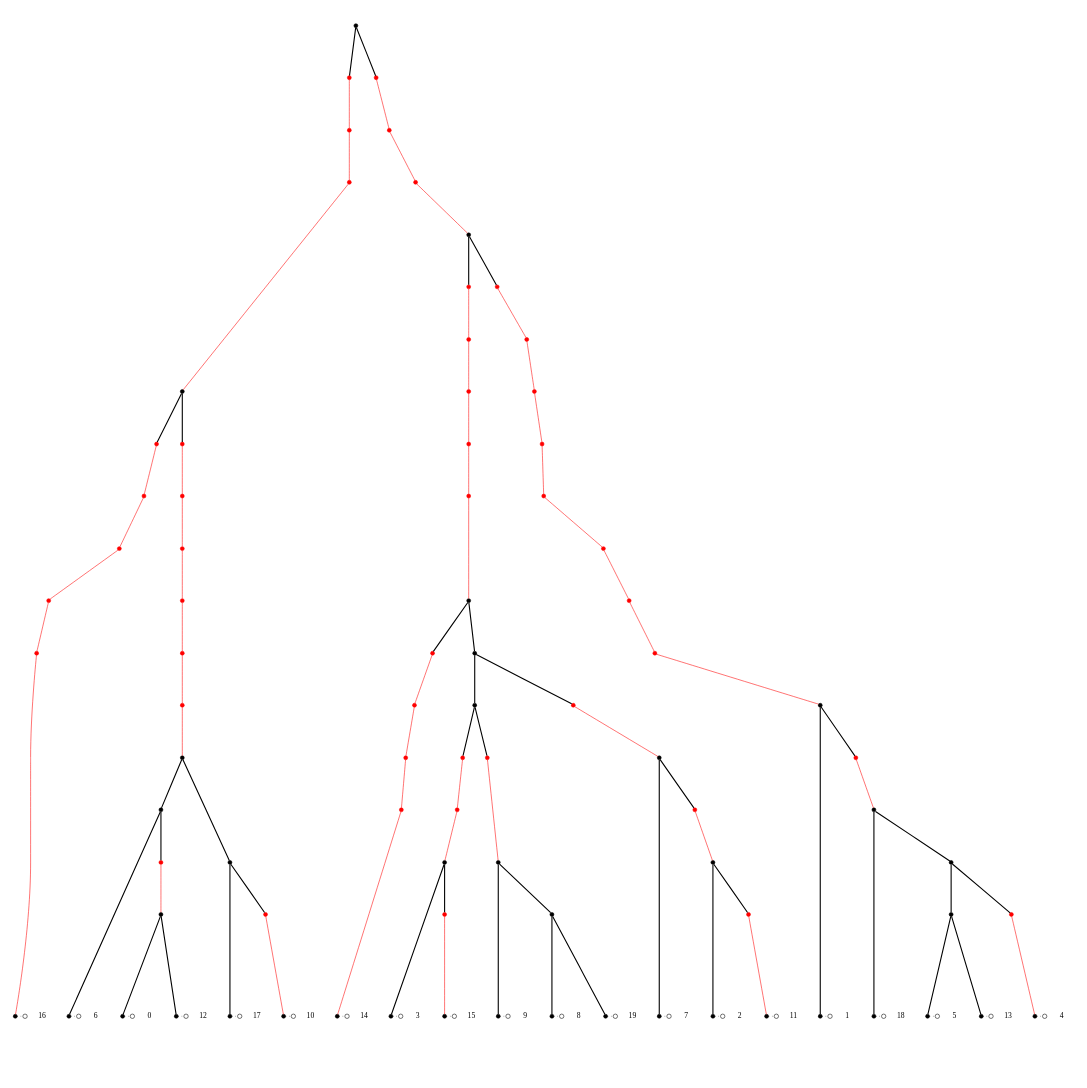
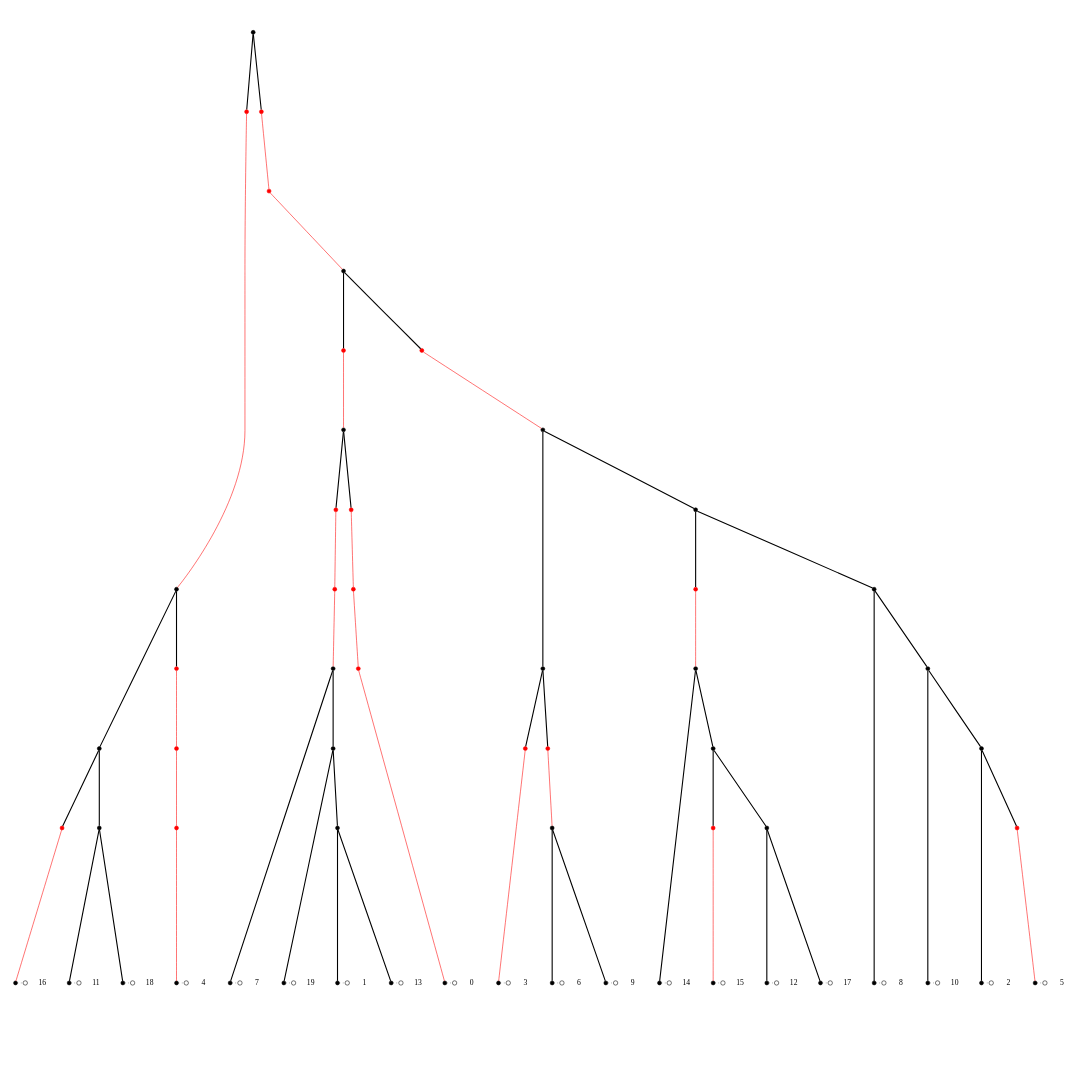
Before and after one commit to caitlinch/treelikeness: the diagram in raw_data/testAlignments2/SimBac_20_1300_0_0.01_0.01_NA_NA_NA_external_1/ancestralRecombinationGraph.gv, drawn with Graphviz. The commit also changed 8883 other files, not shown here.

```diff
--- a/raw_data/testAlignments2/SimBac_20_1300_0_0.01_0.01_NA_NA_NA_external_1/ancestralRecombinationGraph.gv
+++ b/raw_data/testAlignments2/SimBac_20_1300_0_0.01_0.01_NA_NA_NA_external_1/ancestralRecombinationGraph.gv
@@ -2,230 +2,178 @@
 edge[arrowhead=none];
 {rank=same;1[shape=point] 2[shape=point] 3[shape=point] 4[shape=point] 5[shape=point] 6[shape=point] 7[shape=point] 8[shape=point] 9[shape=point] 10[shape=point] 11[shape=point] 12[shape=point] 13[shape=point] 14[shape=point] 15[shape=point] 16[shape=point] 17[shape=point] 18[shape=point] 19[shape=point] 20[shape=point] }
 1[shape=point,width=0.10,height=0.10]
-1->85[style=dotted,arrowhead=odot,arrowsize=1];
-85[shape=plaintext,label="0"];
-{rank=same; 1;85}
+1->59[style=dotted,arrowhead=odot,arrowsize=1];
+59[shape=plaintext,label="0"];
+{rank=same; 1;59}
 2[shape=point,width=0.10,height=0.10]
-2->86[style=dotted,arrowhead=odot,arrowsize=1];
-86[shape=plaintext,label="1"];
-{rank=same; 2;86}
+2->60[style=dotted,arrowhead=odot,arrowsize=1];
+60[shape=plaintext,label="1"];
+{rank=same; 2;60}
 3[shape=point,width=0.10,height=0.10]
-3->87[style=dotted,arrowhead=odot,arrowsize=1];
-87[shape=plaintext,label="2"];
-{rank=same; 3;87}
+3->61[style=dotted,arrowhead=odot,arrowsize=1];
+61[shape=plaintext,label="2"];
+{rank=same; 3;61}
 4[shape=point,width=0.10,height=0.10]
-4->88[style=dotted,arrowhead=odot,arrowsize=1];
-88[shape=plaintext,label="3"];
-{rank=same; 4;88}
+4->62[style=dotted,arrowhead=odot,arrowsize=1];
+62[shape=plaintext,label="3"];
+{rank=same; 4;62}
 5[shape=point,width=0.10,height=0.10]
-5->89[style=dotted,arrowhead=odot,arrowsize=1];
-89[shape=plaintext,label="4"];
-{rank=same; 5;89}
+5->63[style=dotted,arrowhead=odot,arrowsize=1];
+63[shape=plaintext,label="4"];
+{rank=same; 5;63}
 6[shape=point,width=0.10,height=0.10]
-6->90[style=dotted,arrowhead=odot,arrowsize=1];
-90[shape=plaintext,label="5"];
-{rank=same; 6;90}
+6->64[style=dotted,arrowhead=odot,arrowsize=1];
+64[shape=plaintext,label="5"];
+{rank=same; 6;64}
 7[shape=point,width=0.10,height=0.10]
-7->91[style=dotted,arrowhead=odot,arrowsize=1];
-91[shape=plaintext,label="6"];
-{rank=same; 7;91}
+7->65[style=dotted,arrowhead=odot,arrowsize=1];
+65[shape=plaintext,label="6"];
+{rank=same; 7;65}
 8[shape=point,width=0.10,height=0.10]
-8->92[style=dotted,arrowhead=odot,arrowsize=1];
-92[shape=plaintext,label="7"];
-{rank=same; 8;92}
+8->66[style=dotted,arrowhead=odot,arrowsize=1];
+66[shape=plaintext,label="7"];
+{rank=same; 8;66}
 9[shape=point,width=0.10,height=0.10]
-9->93[style=dotted,arrowhead=odot,arrowsize=1];
-93[shape=plaintext,label="8"];
-{rank=same; 9;93}
+9->67[style=dotted,arrowhead=odot,arrowsize=1];
+67[shape=plaintext,label="8"];
+{rank=same; 9;67}
 10[shape=point,width=0.10,height=0.10]
-10->94[style=dotted,arrowhead=odot,arrowsize=1];
-94[shape=plaintext,label="9"];
-{rank=same; 10;94}
+10->68[style=dotted,arrowhead=odot,arrowsize=1];
+68[shape=plaintext,label="9"];
+{rank=same; 10;68}
 11[shape=point,width=0.10,height=0.10]
-11->95[style=dotted,arrowhead=odot,arrowsize=1];
-95[shape=plaintext,label="10"];
-{rank=same; 11;95}
+11->69[style=dotted,arrowhead=odot,arrowsize=1];
+69[shape=plaintext,label="10"];
+{rank=same; 11;69}
 12[shape=point,width=0.10,height=0.10]
-12->96[style=dotted,arrowhead=odot,arrowsize=1];
-96[shape=plaintext,label="11"];
-{rank=same; 12;96}
+12->70[style=dotted,arrowhead=odot,arrowsize=1];
+70[shape=plaintext,label="11"];
+{rank=same; 12;70}
 13[shape=point,width=0.10,height=0.10]
-13->97[style=dotted,arrowhead=odot,arrowsize=1];
-97[shape=plaintext,label="12"];
-{rank=same; 13;97}
+13->71[style=dotted,arrowhead=odot,arrowsize=1];
+71[shape=plaintext,label="12"];
+{rank=same; 13;71}
 14[shape=point,width=0.10,height=0.10]
-14->98[style=dotted,arrowhead=odot,arrowsize=1];
-98[shape=plaintext,label="13"];
-{rank=same; 14;98}
+14->72[style=dotted,arrowhead=odot,arrowsize=1];
+72[shape=plaintext,label="13"];
+{rank=same; 14;72}
 15[shape=point,width=0.10,height=0.10]
-15->99[style=dotted,arrowhead=odot,arrowsize=1];
-99[shape=plaintext,label="14"];
-{rank=same; 15;99}
+15->73[style=dotted,arrowhead=odot,arrowsize=1];
+73[shape=plaintext,label="14"];
+{rank=same; 15;73}
 16[shape=point,width=0.10,height=0.10]
-16->100[style=dotted,arrowhead=odot,arrowsize=1];
-100[shape=plaintext,label="15"];
-{rank=same; 16;100}
+16->74[style=dotted,arrowhead=odot,arrowsize=1];
+74[shape=plaintext,label="15"];
+{rank=same; 16;74}
 17[shape=point,width=0.10,height=0.10]
-17->101[style=dotted,arrowhead=odot,arrowsize=1];
-101[shape=plaintext,label="16"];
-{rank=same; 17;101}
+17->75[style=dotted,arrowhead=odot,arrowsize=1];
+75[shape=plaintext,label="16"];
+{rank=same; 17;75}
 18[shape=point,width=0.10,height=0.10]
-18->102[style=dotted,arrowhead=odot,arrowsize=1];
-102[shape=plaintext,label="17"];
-{rank=same; 18;102}
+18->76[style=dotted,arrowhead=odot,arrowsize=1];
+76[shape=plaintext,label="17"];
+{rank=same; 18;76}
 19[shape=point,width=0.10,height=0.10]
-19->103[style=dotted,arrowhead=odot,arrowsize=1];
-103[shape=plaintext,label="18"];
-{rank=same; 19;103}
+19->77[style=dotted,arrowhead=odot,arrowsize=1];
+77[shape=plaintext,label="18"];
+{rank=same; 19;77}
 20[shape=point,width=0.10,height=0.10]
-20->104[style=dotted,arrowhead=odot,arrowsize=1];
-104[shape=plaintext,label="19"];
-{rank=same; 20;104}
+20->78[style=dotted,arrowhead=odot,arrowsize=1];
+78[shape=plaintext,label="19"];
+{rank=same; 20;78}
 21[shape=point,width=0.10,height=0.10]
-22[shape=point,width=0.10,height=0.10,color=red]
-23[shape=point,width=0.10,height=0.10]
+22[shape=point,width=0.10,height=0.10]
+23[shape=point,width=0.10,height=0.10,color=red]
 24[shape=point,width=0.10,height=0.10]
-25[shape=point,width=0.10,height=0.10,color=red]
+25[shape=point,width=0.10,height=0.10]
 26[shape=point,width=0.10,height=0.10]
 27[shape=point,width=0.10,height=0.10]
 28[shape=point,width=0.10,height=0.10,color=red]
 29[shape=point,width=0.10,height=0.10]
-30[shape=point,width=0.10,height=0.10]
-31[shape=point,width=0.10,height=0.10,color=red]
+30[shape=point,width=0.10,height=0.10,color=red]
+31[shape=point,width=0.10,height=0.10]
 32[shape=point,width=0.10,height=0.10,color=red]
-33[shape=point,width=0.10,height=0.10]
-34[shape=point,width=0.10,height=0.10]
+33[shape=point,width=0.10,height=0.10,color=red]
+34[shape=point,width=0.10,height=0.10,color=red]
 35[shape=point,width=0.10,height=0.10,color=red]
 36[shape=point,width=0.10,height=0.10]
 37[shape=point,width=0.10,height=0.10,color=red]
-38[shape=point,width=0.10,height=0.10]
-39[shape=point,width=0.10,height=0.10,color=red]
-40[shape=point,width=0.10,height=0.10]
-41[shape=point,width=0.10,height=0.10,color=red]
-42[shape=point,width=0.10,height=0.10]
-43[shape=point,width=0.10,height=0.10,color=red]
+38[shape=point,width=0.10,height=0.10,color=red]
+39[shape=point,width=0.10,height=0.10]
+40[shape=point,width=0.10,height=0.10,color=red]
+41[shape=point,width=0.10,height=0.10]
+42[shape=point,width=0.10,height=0.10,color=red]
+43[shape=point,width=0.10,height=0.10]
 44[shape=point,width=0.10,height=0.10,color=red]
 45[shape=point,width=0.10,height=0.10,color=red]
 46[shape=point,width=0.10,height=0.10]
-47[shape=point,width=0.10,height=0.10,color=red]
-48[shape=point,width=0.10,height=0.10,color=red]
+47[shape=point,width=0.10,height=0.10]
+48[shape=point,width=0.10,height=0.10]
 49[shape=point,width=0.10,height=0.10,color=red]
-50[shape=point,width=0.10,height=0.10,color=red]
-51[shape=point,width=0.10,height=0.10,color=red]
+50[shape=point,width=0.10,height=0.10]
+51[shape=point,width=0.10,height=0.10]
 52[shape=point,width=0.10,height=0.10,color=red]
 53[shape=point,width=0.10,height=0.10,color=red]
 54[shape=point,width=0.10,height=0.10]
-55[shape=point,width=0.10,height=0.10]
+55[shape=point,width=0.10,height=0.10,color=red]
 56[shape=point,width=0.10,height=0.10,color=red]
 57[shape=point,width=0.10,height=0.10,color=red]
-58[shape=point,width=0.10,height=0.10,color=red]
-59[shape=point,width=0.10,height=0.10,color=red]
-60[shape=point,width=0.10,height=0.10,color=red]
-61[shape=point,width=0.10,height=0.10,color=red]
-62[shape=point,width=0.10,height=0.10,color=red]
-63[shape=point,width=0.10,height=0.10,color=red]
-64[shape=point,width=0.10,height=0.10,color=red]
-65[shape=point,width=0.10,height=0.10,color=red]
-66[shape=point,width=0.10,height=0.10,color=red]
-67[shape=point,width=0.10,height=0.10,color=red]
-68[shape=point,width=0.10,height=0.10,color=red]
-69[shape=point,width=0.10,height=0.10,color=red]
-70[shape=point,width=0.10,height=0.10,color=red]
-71[shape=point,width=0.10,height=0.10]
-72[shape=point,width=0.10,height=0.10,color=red]
-73[shape=point,width=0.10,height=0.10,color=red]
-74[shape=point,width=0.10,height=0.10,color=red]
-75[shape=point,width=0.10,height=0.10,color=red]
-76[shape=point,width=0.10,height=0.10,color=red]
-77[shape=point,width=0.10,height=0.10,color=red]
-78[shape=point,width=0.10,height=0.10]
-79[shape=point,width=0.10,height=0.10,color=red]
-80[shape=point,width=0.10,height=0.10,color=red]
-81[shape=point,width=0.10,height=0.10,color=red]
-82[shape=point,width=0.10,height=0.10,color=red]
-83[shape=point,width=0.10,height=0.10,color=red]
-84[shape=point,width=0.10,height=0.10]
-30 -> 1[style=bold]
-36 -> 2[style=bold]
-33 -> 3[style=bold]
-29 -> 4[style=bold]
-25 -> 5[color=red]
-24 -> 6[style=bold]
-34 -> 7[style=bold]
-40 -> 8[style=bold]
-21 -> 9[style=bold]
-23 -> 10[style=bold]
-37 -> 11[color=red]
-28 -> 12[color=red]
-30 -> 13[style=bold]
-24 -> 14[style=bold]
-43 -> 15[color=red]
-22 -> 16[color=red]
-49 -> 17[color=red]
-38 -> 18[style=bold]
-27 -> 19[style=bold]
-21 -> 20[style=bold]
-23 -> 21[style=bold]
-29 -> 22[style=bold]
-45 -> 23[color=red]
-26 -> 24[style=bold]
+58[shape=point,width=0.10,height=0.10]
+35 -> 1[color=red]
+21 -> 2[style=bold]
+36 -> 3[style=bold]
+30 -> 4[color=red]
+37 -> 5[color=red]
+33 -> 6[color=red]
+29 -> 7[style=bold]
+27 -> 8[style=bold]
+46 -> 9[style=bold]
+29 -> 10[style=bold]
+41 -> 11[style=bold]
+31 -> 12[style=bold]
+24 -> 13[style=bold]
+21 -> 14[style=bold]
+26 -> 15[style=bold]
+23 -> 16[color=red]
+28 -> 17[color=red]
+24 -> 18[style=bold]
+31 -> 19[style=bold]
+22 -> 20[style=bold]
+22 -> 21[style=bold]
+27 -> 22[style=bold]
+25 -> 23[style=bold]
+25 -> 24[style=bold]
 26 -> 25[style=bold]
-27 -> 26[style=bold]
+42 -> 26[color=red]
 32 -> 27[color=red]
-33 -> 28[style=bold]
-35 -> 29[color=red]
-31 -> 30[color=red]
-34 -> 31[style=bold]
-36 -> 32[style=bold]
-39 -> 33[color=red]
-42 -> 34[style=bold]
-41 -> 35[color=red]
-48 -> 36[color=red]
-38 -> 37[style=bold]
-42 -> 38[style=bold]
-40 -> 39[style=bold]
-52 -> 40[color=red]
+39 -> 28[style=bold]
+34 -> 29[color=red]
+43 -> 30[style=bold]
+39 -> 31[style=bold]
+38 -> 32[color=red]
+36 -> 33[style=bold]
+43 -> 34[style=bold]
+45 -> 35[color=red]
+41 -> 36[style=bold]
+40 -> 37[color=red]
+51 -> 38[style=bold]
+48 -> 39[style=bold]
+44 -> 40[color=red]
 46 -> 41[style=bold]
-50 -> 42[color=red]
-44 -> 43[color=red]
-47 -> 44[color=red]
-46 -> 45[style=bold]
-54 -> 46[style=bold]
-51 -> 47[color=red]
-53 -> 48[color=red]
-59 -> 49[color=red]
-60 -> 50[color=red]
-55 -> 51[style=bold]
+47 -> 42[style=bold]
+50 -> 43[style=bold]
+48 -> 44[style=bold]
+49 -> 45[color=red]
+47 -> 46[style=bold]
+50 -> 47[style=bold]
+56 -> 48[color=red]
+51 -> 49[style=bold]
+53 -> 50[color=red]
+52 -> 51[color=red]
 54 -> 52[style=bold]
-56 -> 53[color=red]
-55 -> 54[style=bold]
+54 -> 53[style=bold]
+55 -> 54[color=red]
 57 -> 55[color=red]
-63 -> 56[color=red]
-58 -> 57[color=red]
-69 -> 58[color=red]
-61 -> 59[color=red]
-62 -> 60[color=red]
-65 -> 61[color=red]
-64 -> 62[color=red]
-66 -> 63[color=red]
-68 -> 64[color=red]
-67 -> 65[color=red]
-73 -> 66[color=red]
-71 -> 67[style=bold]
-70 -> 68[color=red]
-72 -> 69[color=red]
-71 -> 70[style=bold]
-74 -> 71[color=red]
-75 -> 72[color=red]
-76 -> 73[color=red]
-79 -> 74[color=red]
-78 -> 75[style=bold]
-77 -> 76[color=red]
-78 -> 77[style=bold]
-81 -> 78[color=red]
-80 -> 79[color=red]
-84 -> 80[style=bold]
-82 -> 81[color=red]
-83 -> 82[color=red]
-84 -> 83[style=bold]
+58 -> 56[style=bold]
+58 -> 57[style=bold]
 }
```
